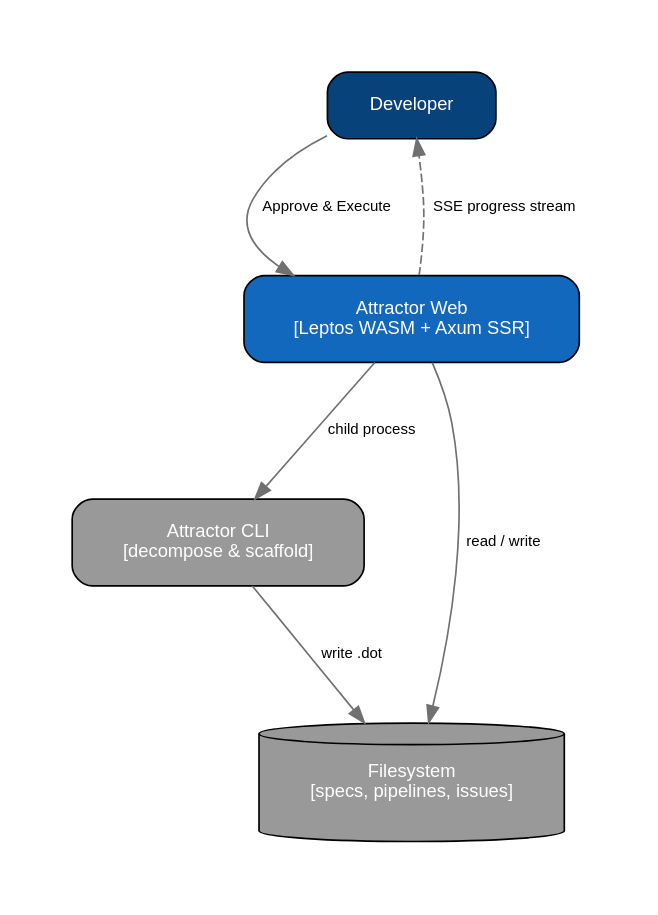
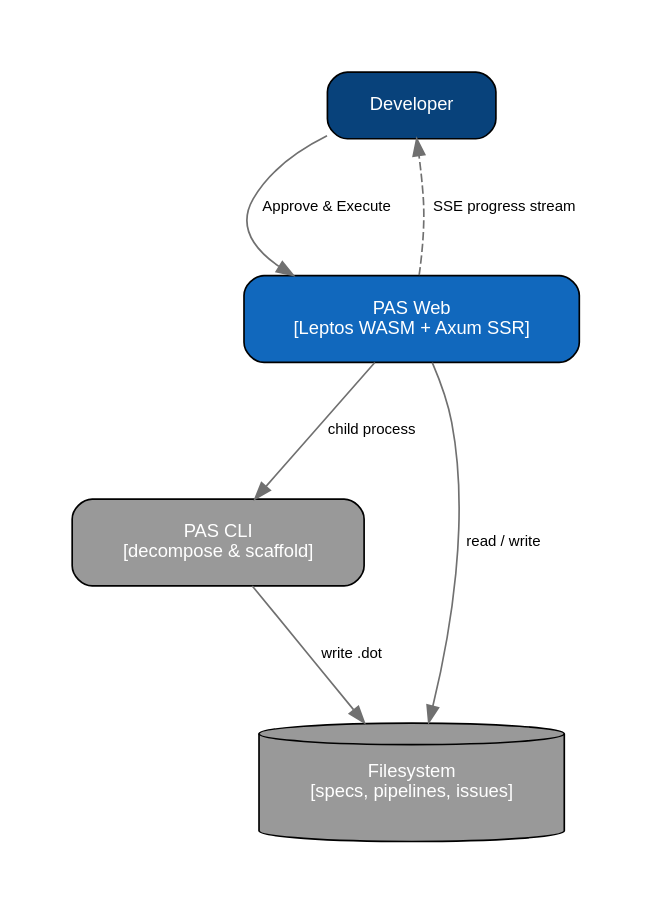
Before and after one commit to citadelgrad/connect-the-bots: the first of 4 diagrams in docs/accept-execute-c4-dot.md, drawn with Graphviz. The commit also changed other lines of this file and 38 other files, not shown here.

````diff
--- a/docs/accept-execute-c4-dot.md
+++ b/docs/accept-execute-c4-dot.md
@@ -5,19 +5,19 @@
 ```graphviz
 digraph C4_Context {
     graph [rankdir=TB, fontname="Helvetica", fontsize=12, nodesep=1.0, ranksep=1.0, pad=0.5]
     node  [fontname="Helvetica", fontsize=11, shape=box, style="rounded,filled", margin="0.3,0.2"]
     edge  [fontname="Helvetica", fontsize=9, color="#707070"]
 
     user [label="Developer", shape=box, style="rounded,filled", fillcolor="#08427b", fontcolor=white]
 
-    web  [label="Attractor Web\n[Leptos WASM + Axum SSR]", fillcolor="#1168bd", fontcolor=white]
-    cli  [label="Attractor CLI\n[decompose & scaffold]",    fillcolor="#999999", fontcolor=white]
+    web  [label="PAS Web\n[Leptos WASM + Axum SSR]", fillcolor="#1168bd", fontcolor=white]
+    cli  [label="PAS CLI\n[decompose & scaffold]",    fillcolor="#999999", fontcolor=white]
     fs   [label="Filesystem\n[specs, pipelines, issues]",   fillcolor="#999999", fontcolor=white, shape=cylinder]
 
     user -> web [label="Approve & Execute"]
     web -> user [label="SSE progress stream", style=dashed]
     web -> cli  [label="child process"]
     web -> fs   [label="read / write"]
     cli -> fs   [label="write .dot"]
 }
 ```
````
